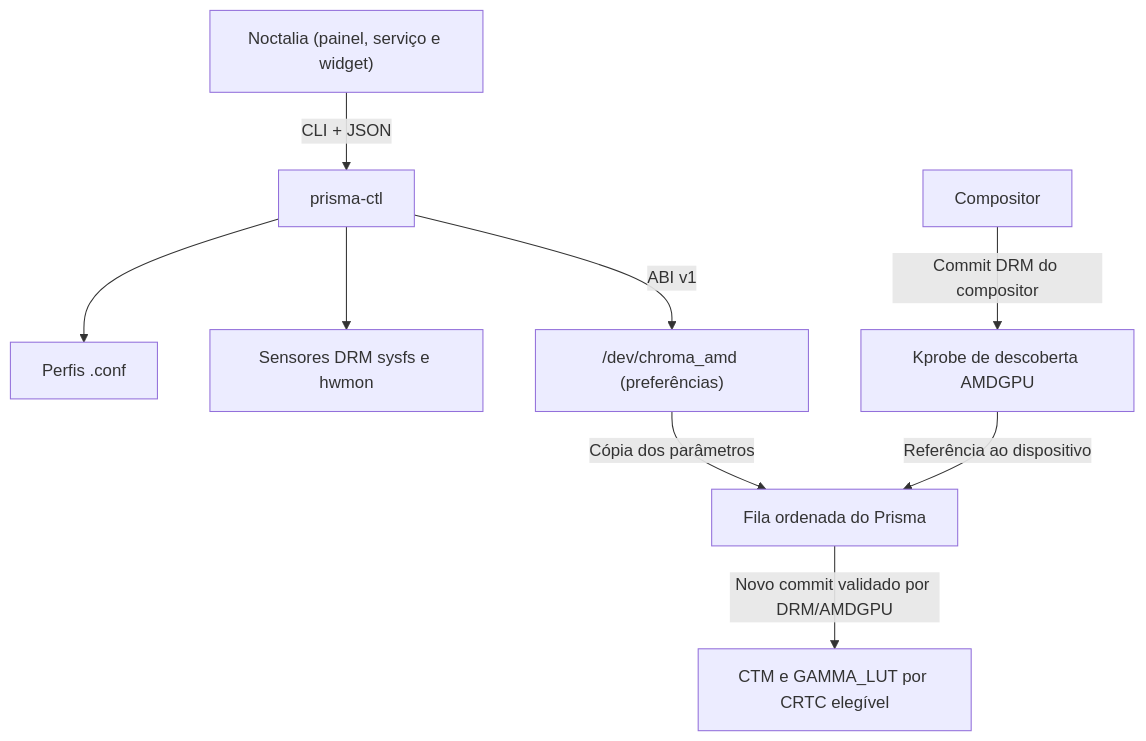
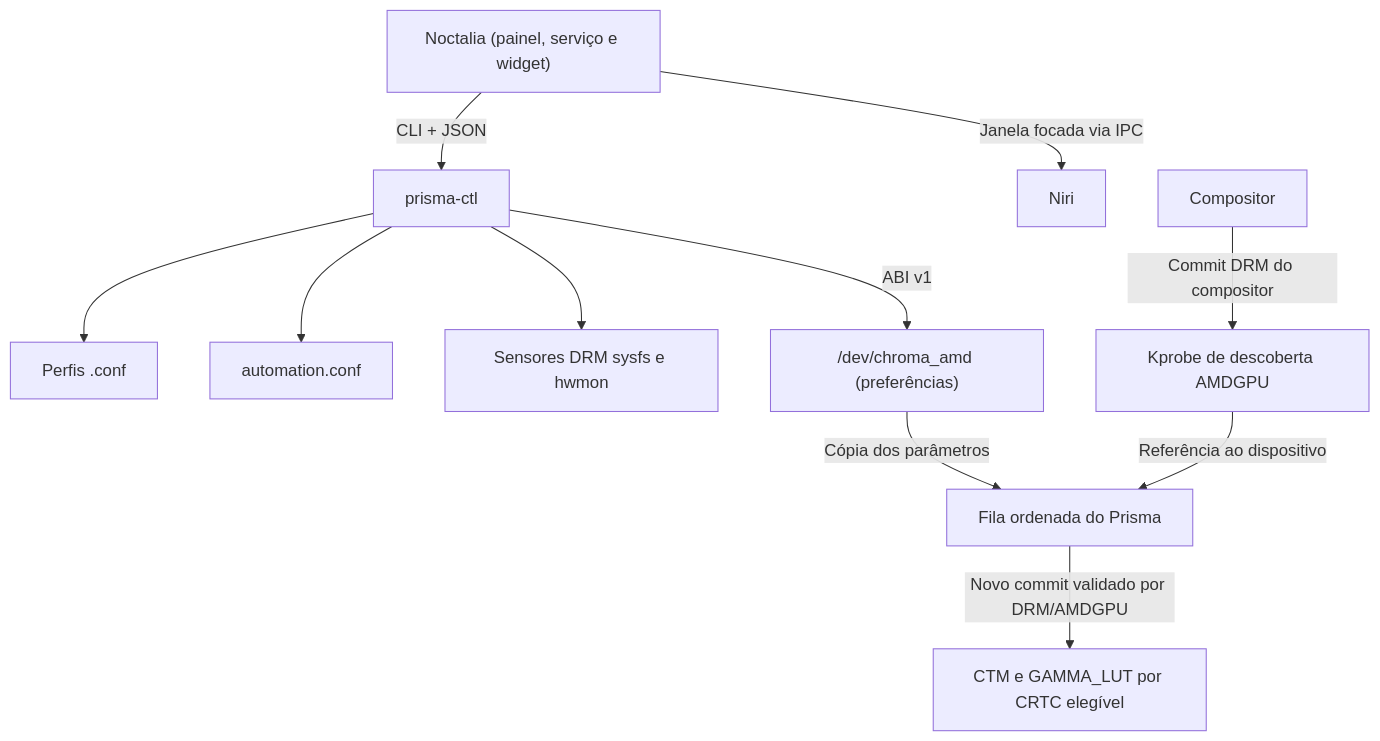
Before and after one commit to deyvideguilherme/prism-amd: the diagram in ARCHITECTURE.md, drawn with Mermaid. The commit also changed other lines of this file and 9 other files, not shown here.

Commit message:
feat(automation): add Niri profile switching and startup restore

````diff
--- a/ARCHITECTURE.md
+++ b/ARCHITECTURE.md
@@ -11,11 +11,13 @@
 ```mermaid
 flowchart TD
     Noctalia["Noctalia (painel, serviço e widget)"] -->|"CLI + JSON"| CLI["prisma-ctl"]
+    Noctalia -->|"Janela focada via IPC"| Niri["Niri"]
     CLI --> Profiles["Perfis .conf"]
+    CLI --> Automation["automation.conf"]
     CLI --> Sensors["Sensores DRM sysfs e hwmon"]
     CLI -->|"ABI v1"| Config["/dev/chroma_amd (preferências)"]
     Compositor -->|"Commit DRM do compositor"| Observer["Kprobe de descoberta AMDGPU"]
     Observer -->|"Referência ao dispositivo"| Worker["Fila ordenada do Prisma"]
     Config -->|"Cópia dos parâmetros"| Worker
     Worker -->|"Novo commit validado por DRM/AMDGPU"| CRTC["CTM e GAMMA_LUT por CRTC elegível"]
 ```
````
